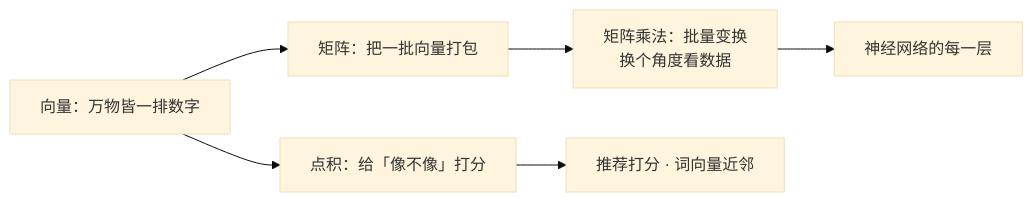
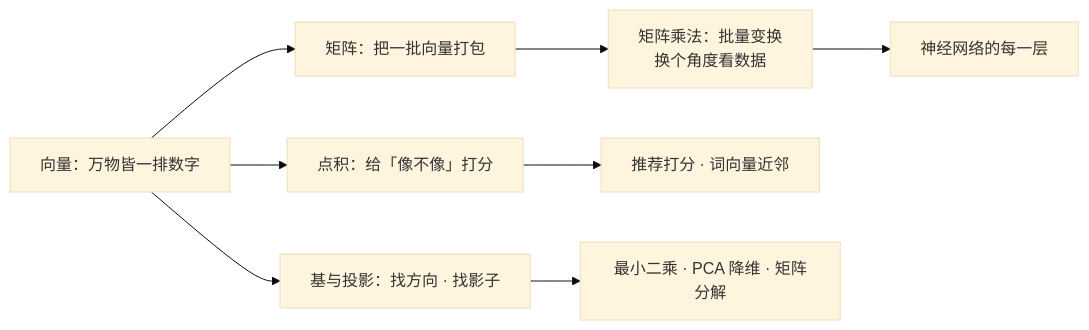
The first of 3 diagrams in docs/1-起步准备/02-数学基础/02-线性代数.md (lizhengzhong20-sketch/model_learning), drawn with Mermaid (base theme) before and after one commit. The commit also changed other lines of this file and 67 other files, not shown here.

````diff
--- a/docs/1-起步准备/02-数学基础/02-线性代数.md
+++ b/docs/1-起步准备/02-数学基础/02-线性代数.md
@@ -81,8 +92,10 @@
 ```mermaid
 graph LR
     A["向量：万物皆一排数字"] --> B["点积：给「像不像」打分"]
     A --> C["矩阵：把一批向量打包"]
     C --> D["矩阵乘法：批量变换<br/>换个角度看数据"]
     B --> E["推荐打分 · 词向量近邻"]
     D --> F["神经网络的每一层"]
+    A --> G["基与投影：找方向 · 找影子"]
+    G --> H["最小二乘 · PCA 降维 · 矩阵分解"]
 ```
````
